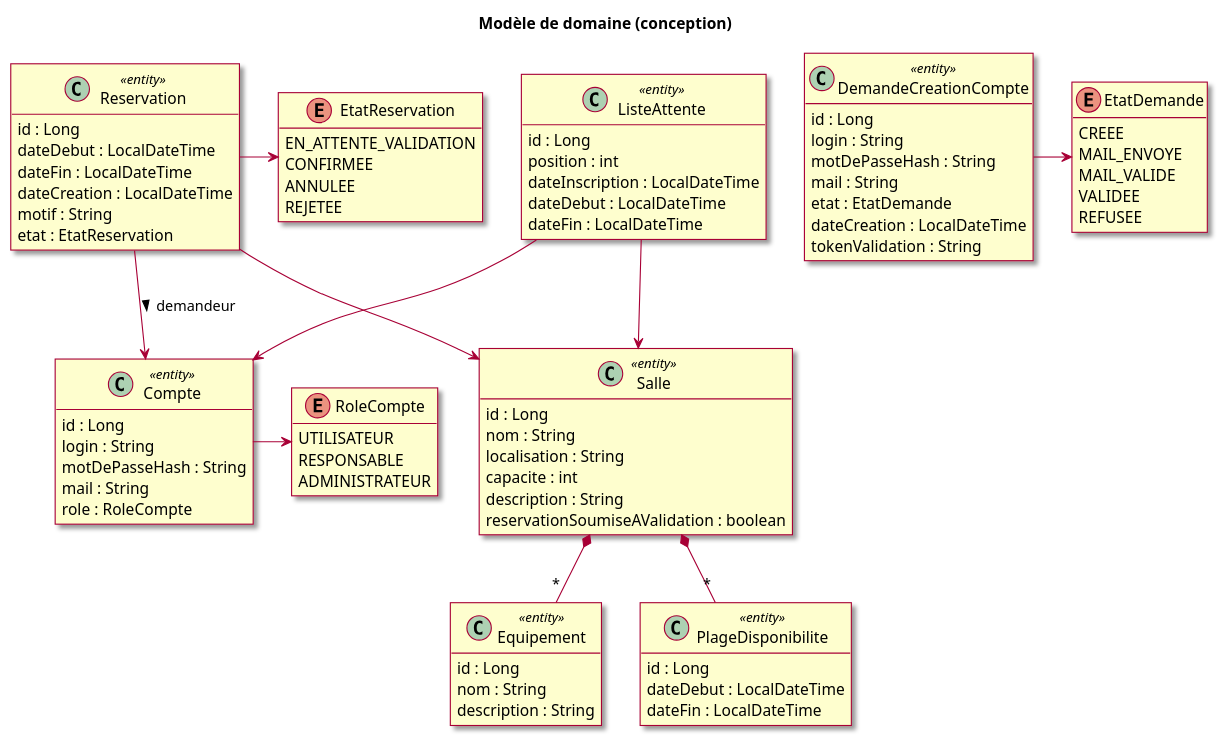
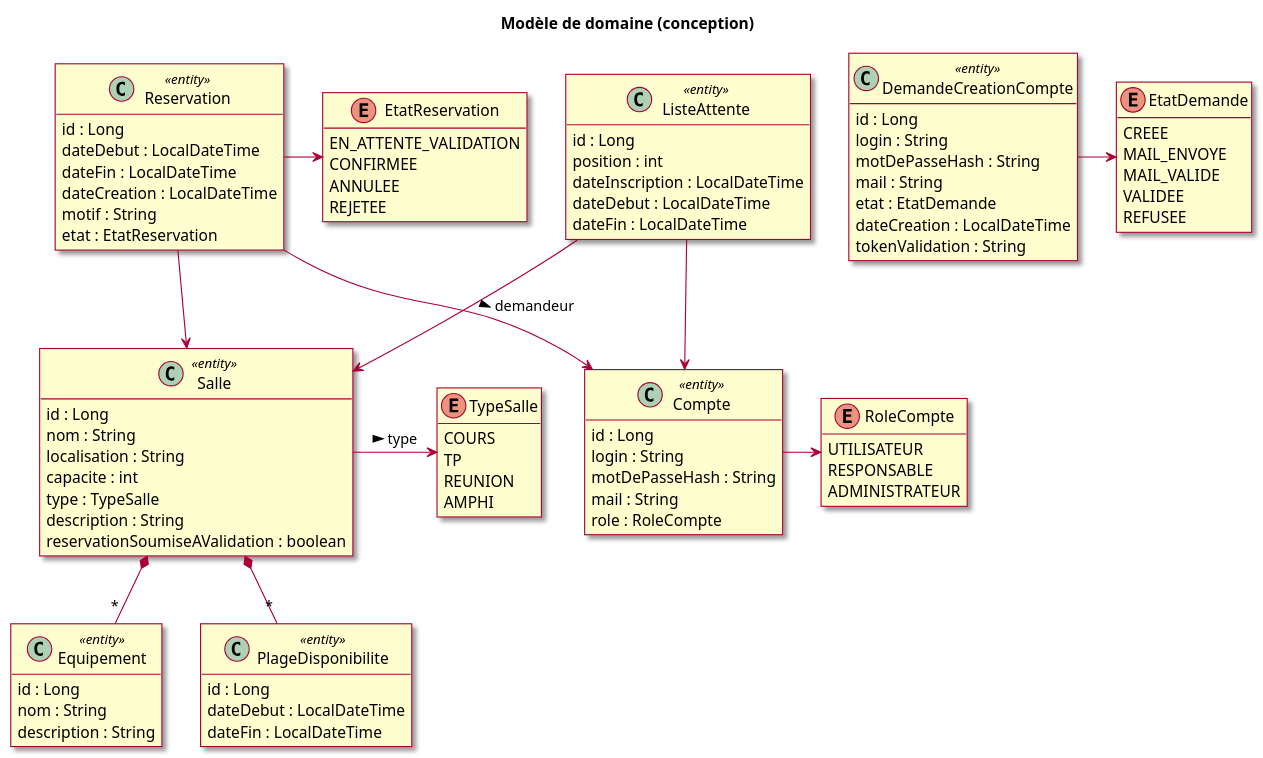
One commit to mrajaonson/glg204-room-management-system changed diagram 35 of 38 in docs/03-Conception.md. Above: the diagram before and after it, drawn with PlantUML. The commit also changed other lines of this file and 4 other files, not shown here.

```diff
--- a/docs/03-Conception.md
+++ b/docs/03-Conception.md
@@ -1562,8 +1664,16 @@
   nom : String
   localisation : String
   capacite : int
+  type : TypeSalle
   description : String
   reservationSoumiseAValidation : boolean
+}
+
+enum TypeSalle {
+  COURS
+  TP
+  REUNION
+  AMPHI
 }
 
 class Equipement <<entity>> {
@@ -1605,6 +1715,7 @@
 Compte -> RoleCompte
 DemandeCreationCompte -> EtatDemande
 
+Salle -> TypeSalle : > type
 Salle *-- "*" Equipement
 Salle *-- "*" PlageDisponibilite
 
```
